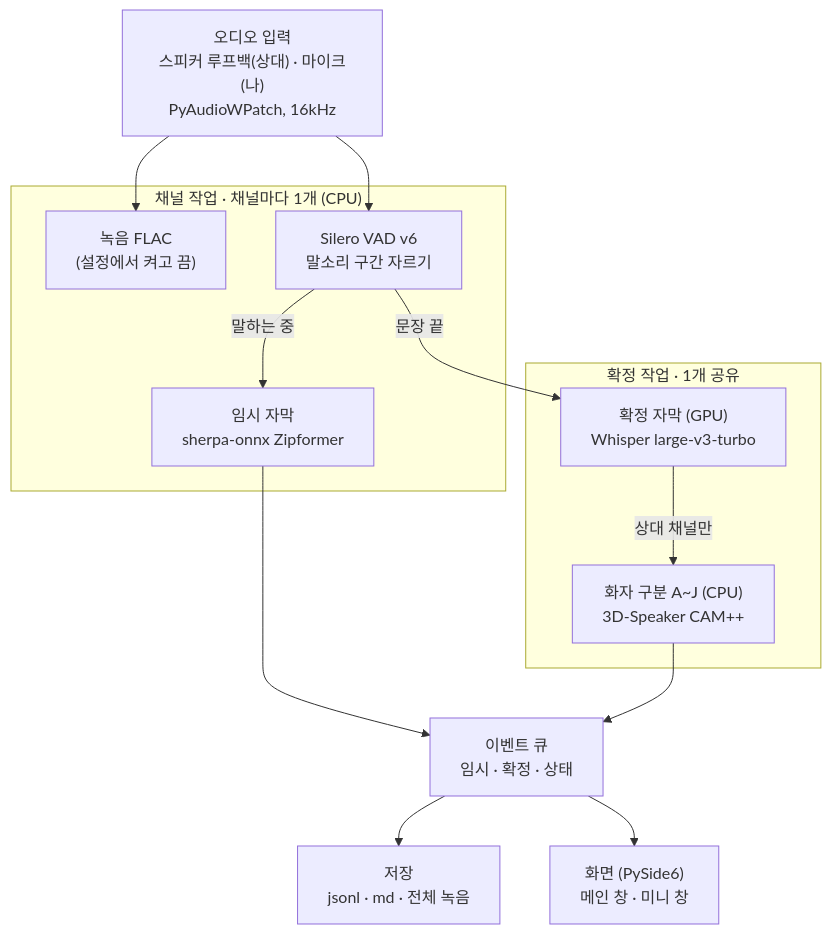
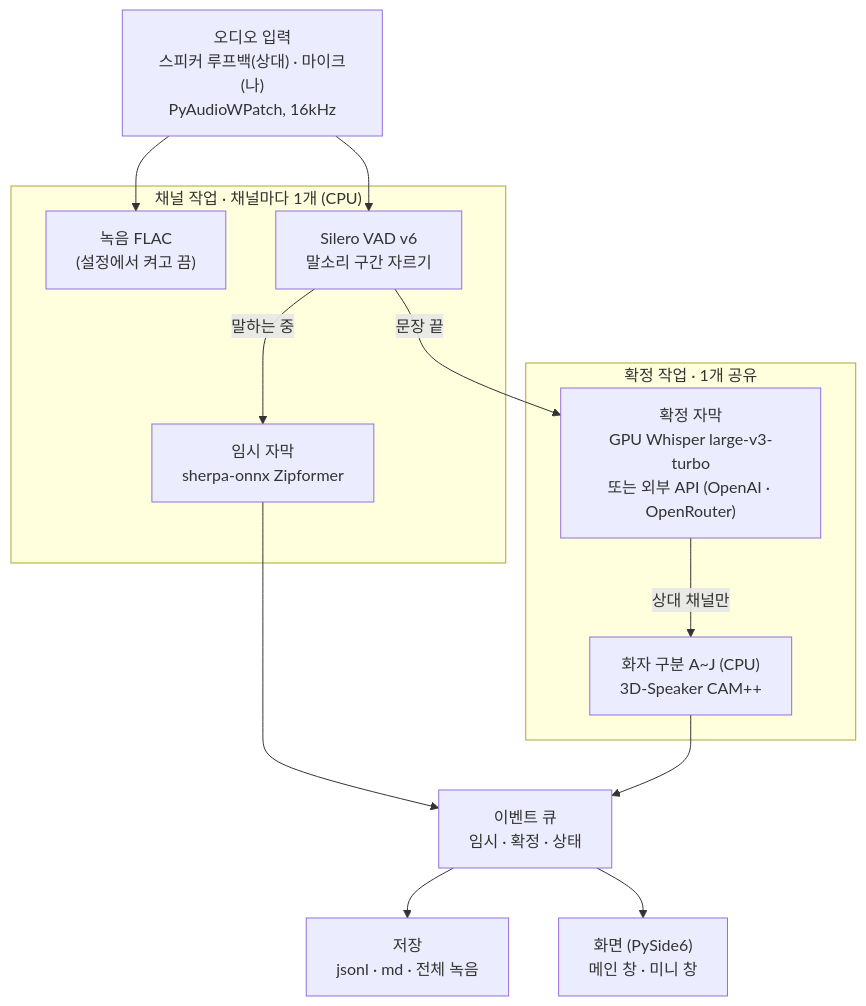
One commit to kireal1017/meeting-scribe changed the diagram in README.md. Above: the diagram before and after it, drawn with Mermaid. The commit also changed other lines of this file and 30 other files, not shown here.

First line of the commit message:
Add opt-in external API final pass (OpenAI, OpenRouter) and a settings window

````diff
--- a/README.md
+++ b/README.md
@@ -105,29 +140,29 @@
 ```mermaid
 flowchart TD
     IN["오디오 입력<br/>스피커 루프백(상대) · 마이크(나)<br/>PyAudioWPatch, 16kHz"]
 
     subgraph CH["채널 작업 · 채널마다 1개 (CPU)"]
         REC["녹음 FLAC<br/>(설정에서 켜고 끔)"]
         VAD["Silero VAD v6<br/>말소리 구간 자르기"]
         DRAFT["임시 자막<br/>sherpa-onnx Zipformer"]
     end
 
     subgraph FIN["확정 작업 · 1개 공유"]
-        WH["확정 자막 (GPU)<br/>Whisper large-v3-turbo"]
+        WH["확정 자막<br/>GPU Whisper large-v3-turbo<br/>또는 외부 API (OpenAI · OpenRouter)"]
         SPK["화자 구분 A~J (CPU)<br/>3D-Speaker CAM++"]
     end
 
     Q["이벤트 큐<br/>임시 · 확정 · 상태"]
     STORE["저장<br/>jsonl · md · 전체 녹음"]
     UI["화면 (PySide6)<br/>메인 창 · 미니 창"]
 
     IN --> REC
     IN --> VAD
     VAD -->|말하는 중| DRAFT
     VAD -->|문장 끝| WH
     WH -->|상대 채널만| SPK
     DRAFT --> Q
     SPK --> Q
     Q --> STORE
     Q --> UI
 ```
````
